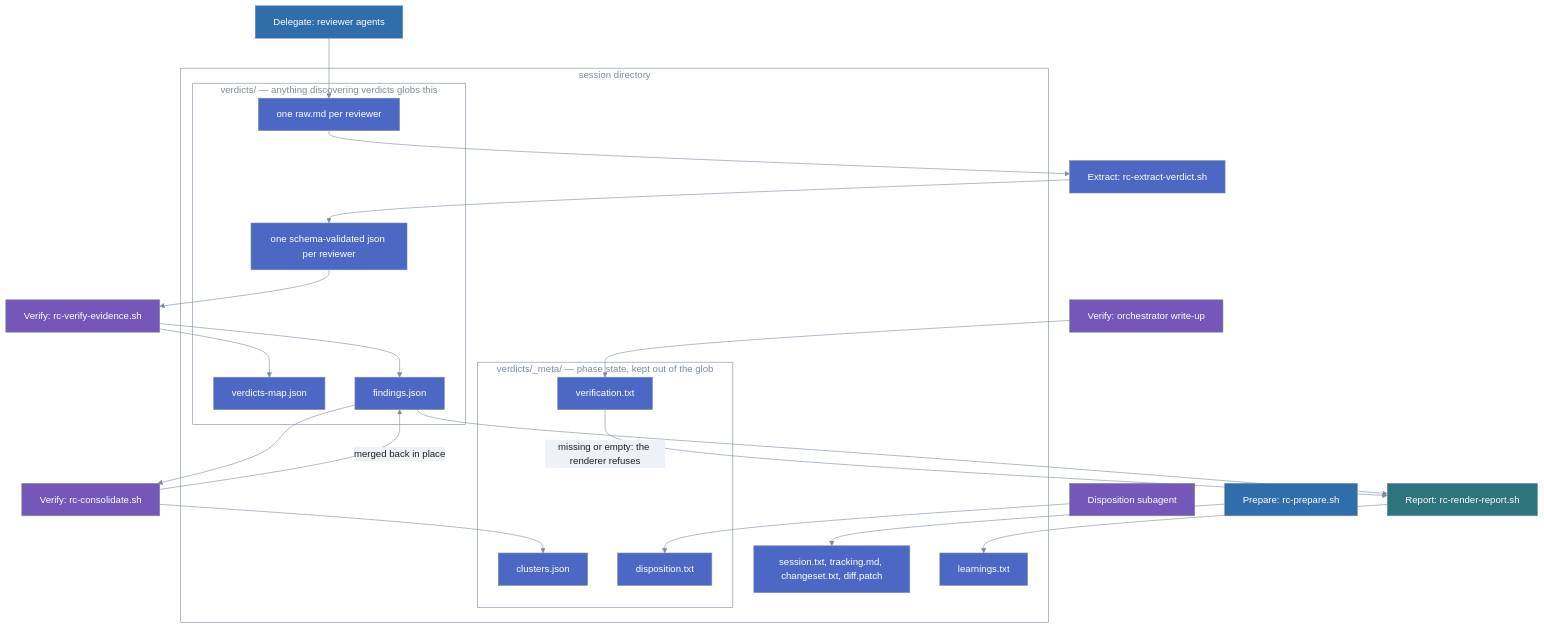
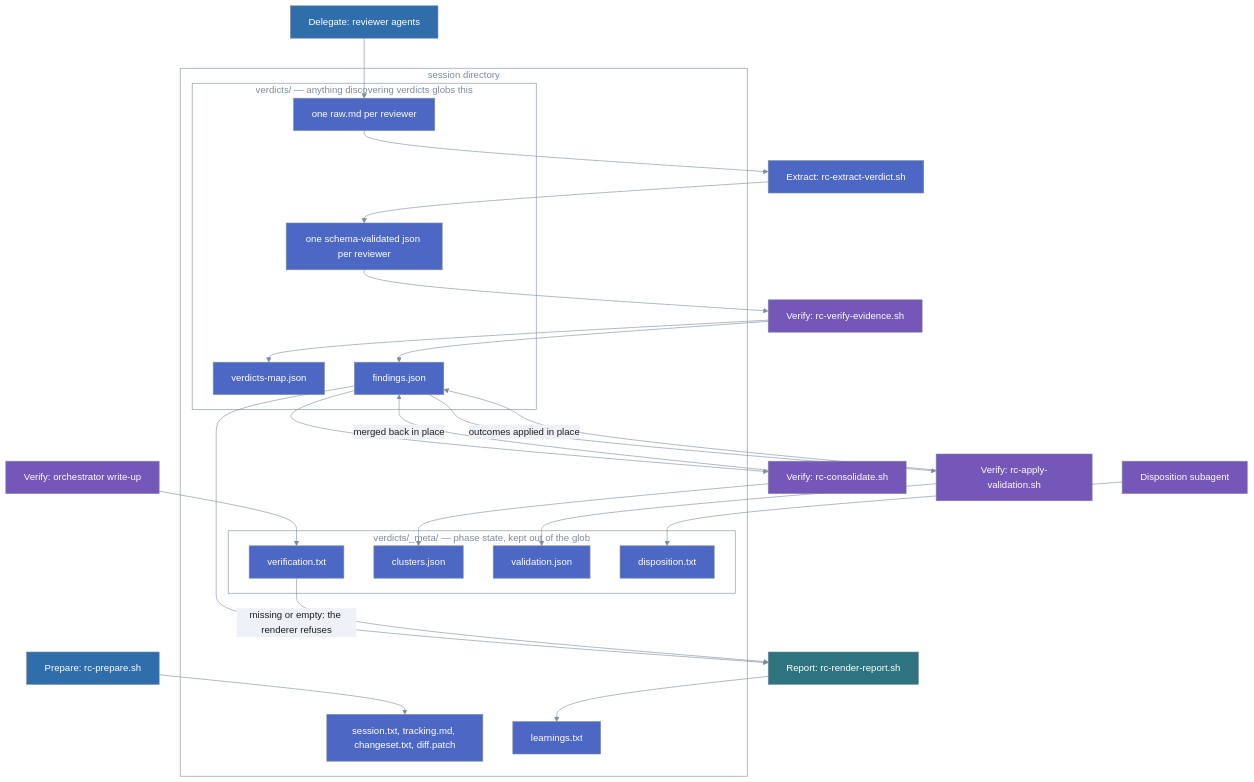
One commit to lolables/lola-mod-review-council changed the second of 2 diagrams in docs/dev/pipeline.md. Above: the diagram before and after it, drawn with Mermaid. The commit also changed other lines of this file and 17 other files, not shown here.

First line of the commit message:
feat(verify): apply validator outcomes by finding id

````diff
--- a/docs/dev/pipeline.md
+++ b/docs/dev/pipeline.md
@@ -181,68 +181,73 @@
 ```mermaid
 %%{init: {'theme': 'base', 'themeVariables': {
   'primaryColor': '#2f6dab',
   'primaryTextColor': '#1e1e1e',
   'primaryBorderColor': '#7c8ba1',
   'lineColor': '#7c8ba1',
   'edgeLabelBackground': '#eef2f8',
   'tertiaryColor': 'transparent',
   'tertiaryTextColor': '#7c8ba1',
   'tertiaryBorderColor': '#7c8ba1',
   'clusterBkg': 'transparent',
   'clusterBorder': '#7c8ba1',
   'titleColor': '#7c8ba1',
   'noteBkgColor': '#eef2f8',
   'noteTextColor': '#1e1e1e',
   'fontFamily': 'system-ui, sans-serif'
 }, 'themeCSS': '.node .nodeLabel{color:#ffffff!important;fill:#ffffff!important;}'}}%%
 flowchart TD
   prep["Prepare: rc-prepare.sh"]
   del["Delegate: reviewer agents"]
   extr["Extract: rc-extract-verdict.sh"]
   vevi["Verify: rc-verify-evidence.sh"]
   vcon["Verify: rc-consolidate.sh"]
+  vval["Verify: rc-apply-validation.sh"]
   vorc["Verify: orchestrator write-up"]
   dsp["Disposition subagent"]
   rrep["Report: rc-render-report.sh"]
 
   subgraph sess["session directory"]
     meta1["session.txt, tracking.md, changeset.txt, diff.patch"]
     learn["learnings.txt"]
     subgraph vdir["verdicts/ — anything discovering verdicts globs this"]
       raw["one raw.md per reviewer"]
       vjson["one schema-validated json per reviewer"]
       vmap["verdicts-map.json"]
       find["findings.json"]
     end
     subgraph mdir["verdicts/_meta/ — phase state, kept out of the glob"]
       vtxt["verification.txt"]
       clus["clusters.json"]
+      valj["validation.json"]
       dtxt["disposition.txt"]
     end
   end
 
   prep --> meta1
   del --> raw
   raw --> extr
   extr --> vjson
   vjson --> vevi
   vevi --> vmap
   vevi --> find
   find --> vcon
   vcon --> clus
+  vval --> valj
   vcon -->|"merged back in place"| find
+  find --> vval
+  vval -->|"outcomes applied in place"| find
   vorc --> vtxt
   dsp --> dtxt
   find --> rrep
   vtxt -->|"missing or empty: the renderer refuses"| rrep
   rrep --> learn
 
   classDef sysA fill:#2f6dab,color:#ffffff,stroke:#7c8ba1
   classDef sysC fill:#7457b8,color:#ffffff,stroke:#7c8ba1
   classDef sysD fill:#2d747e,color:#ffffff,stroke:#7c8ba1
   classDef sysE fill:#4d68c4,color:#ffffff,stroke:#7c8ba1
   class prep,del sysA
-  class vevi,vcon,vorc,dsp sysC
+  class vevi,vcon,vval,vorc,dsp sysC
   class rrep sysD
-  class extr,raw,vjson,vmap,find,vtxt,clus,dtxt,meta1,learn sysE
+  class extr,raw,vjson,vmap,find,vtxt,clus,valj,dtxt,meta1,learn sysE
 ```
````
